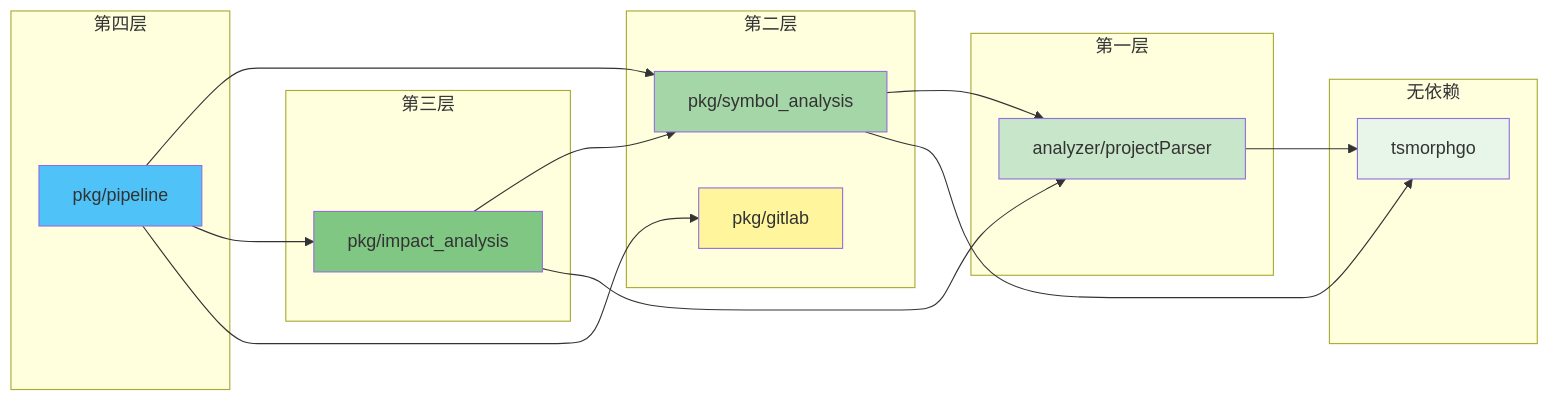
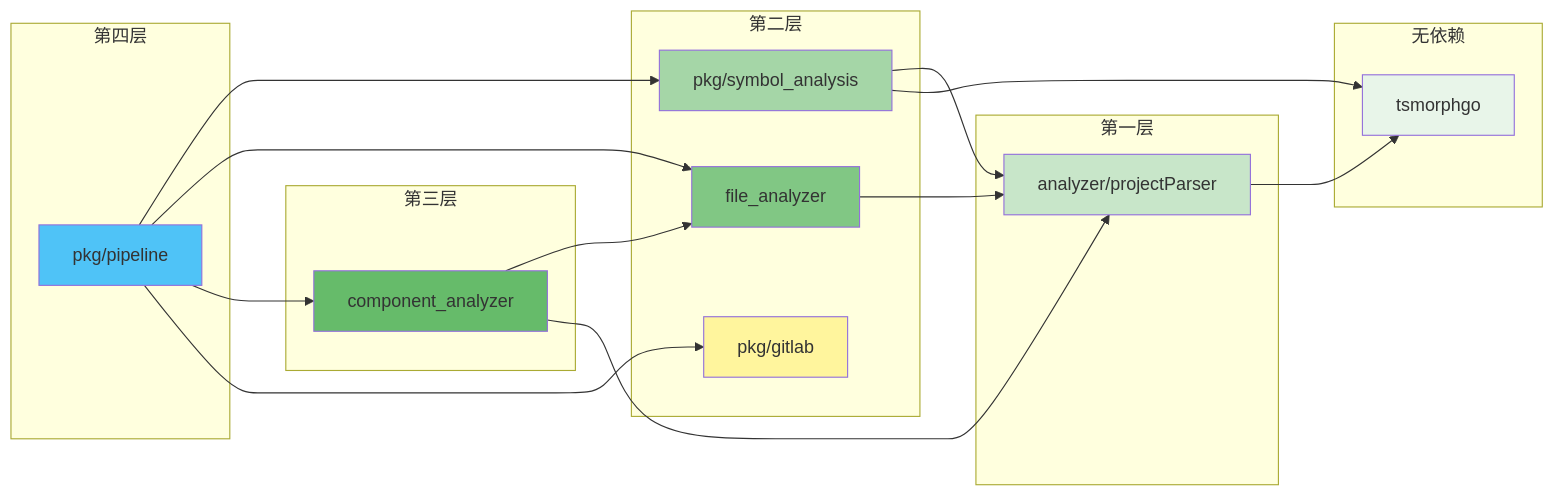
Before and after one commit to Flying-Bird1999/analyzer-ts: the tenth of 13 diagrams in pkg/ARCHITECTURE.md, drawn with Mermaid. The commit also changed other lines of this file and 64 other files, not shown here.

````diff
--- a/pkg/ARCHITECTURE.md
+++ b/pkg/ARCHITECTURE.md
@@ -329,39 +493,43 @@
 ```mermaid
 graph LR
     subgraph "无依赖"
         tsmorphgo[tsmorphgo]
     end
 
     subgraph "第一层"
         parser[analyzer/projectParser]
     end
 
     subgraph "第二层"
         symbol[pkg/symbol_analysis]
+        file_analyzer[file_analyzer]
         gitlab[pkg/gitlab]
     end
 
     subgraph "第三层"
-        impact[pkg/impact_analysis]
+        component_analyzer[component_analyzer]
     end
 
     subgraph "第四层"
         pipeline[pkg/pipeline]
     end
 
     parser --> tsmorphgo
     symbol --> parser
     symbol --> tsmorphgo
-    impact --> symbol
-    impact --> parser
+    file_analyzer --> parser
+    component_analyzer --> file_analyzer
+    component_analyzer --> parser
     pipeline --> symbol
-    pipeline --> impact
+    pipeline --> file_analyzer
+    pipeline --> component_analyzer
     pipeline --> gitlab
 
     style tsmorphgo fill:#e8f5e9
     style parser fill:#c8e6c9
     style symbol fill:#a5d6a7
+    style file_analyzer fill:#81c784
+    style component_analyzer fill:#66bb6a
     style gitlab fill:#fff59d
-    style impact fill:#81c784
     style pipeline fill:#4fc3f7
 ```
````
